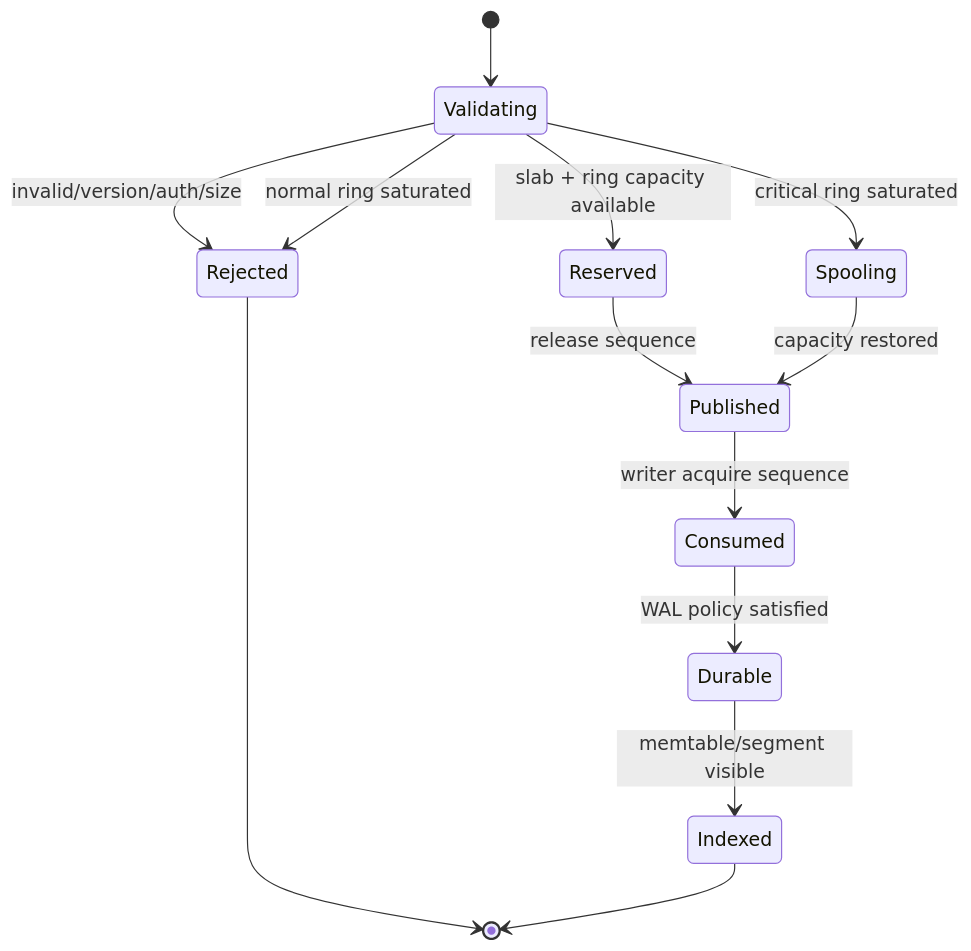
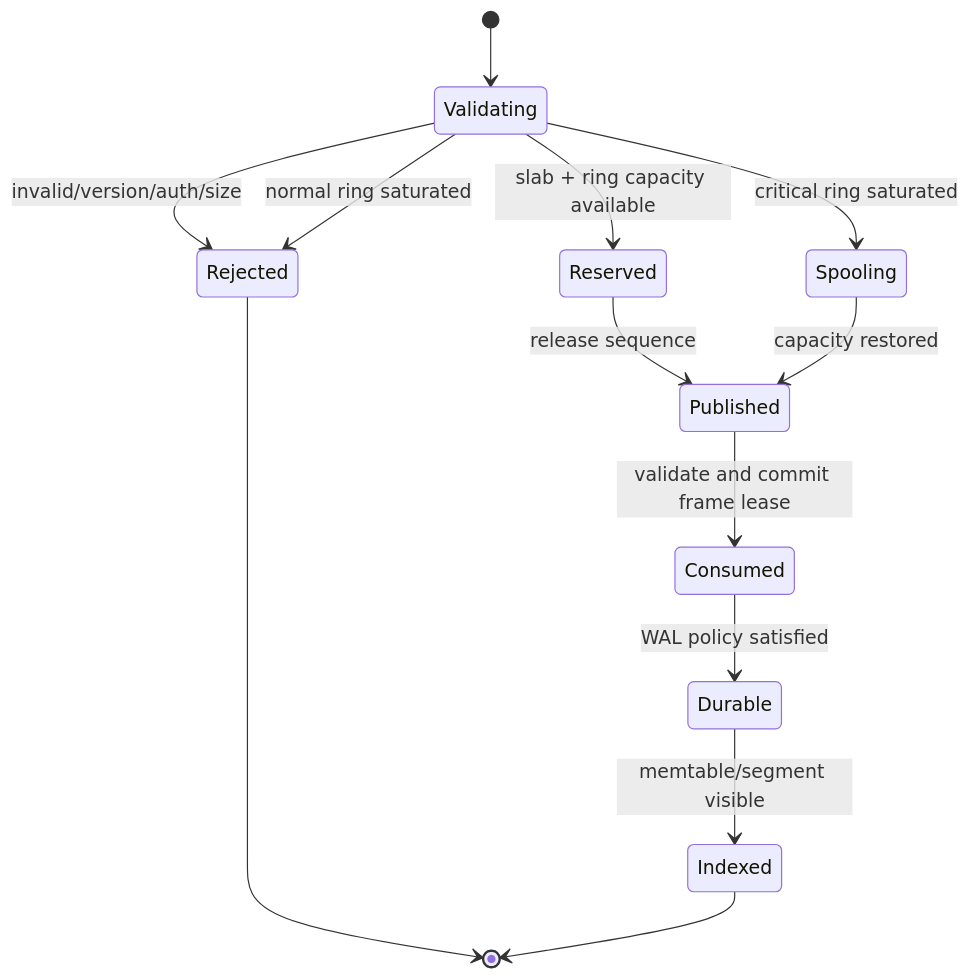
One commit to lavkushry/AegisAgent changed the fourth of 7 diagrams in ARCHITECTURE.md. Above: the diagram before and after it, drawn with Mermaid. The commit also changed other lines of this file and 20 other files, not shown here.

````diff
--- a/ARCHITECTURE.md
+++ b/ARCHITECTURE.md
@@ -188,15 +204,15 @@
 ```mermaid
 stateDiagram-v2
     [*] --> Validating
     Validating --> Rejected: invalid/version/auth/size
     Validating --> Reserved: slab + ring capacity available
     Validating --> Spooling: critical ring saturated
     Validating --> Rejected: normal ring saturated
     Reserved --> Published: release sequence
-    Published --> Consumed: writer acquire sequence
+    Published --> Consumed: validate and commit frame lease
     Consumed --> Durable: WAL policy satisfied
     Durable --> Indexed: memtable/segment visible
     Spooling --> Published: capacity restored
     Rejected --> [*]
     Indexed --> [*]
 ```
````
